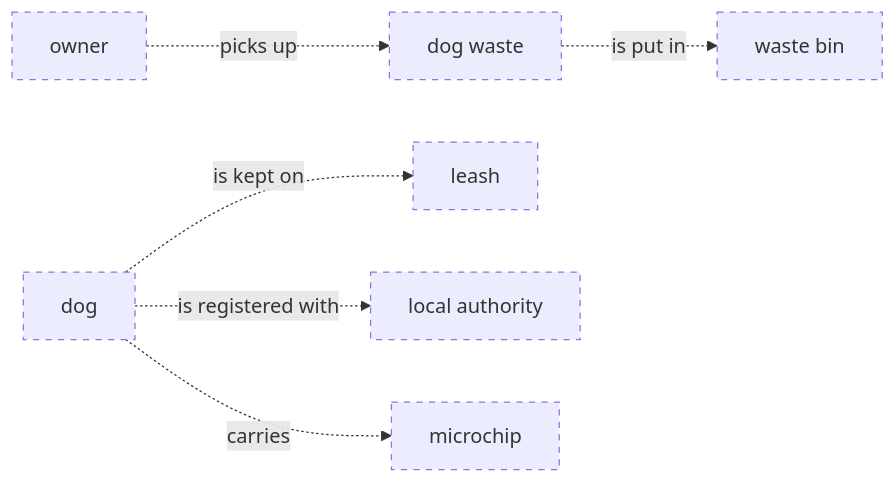
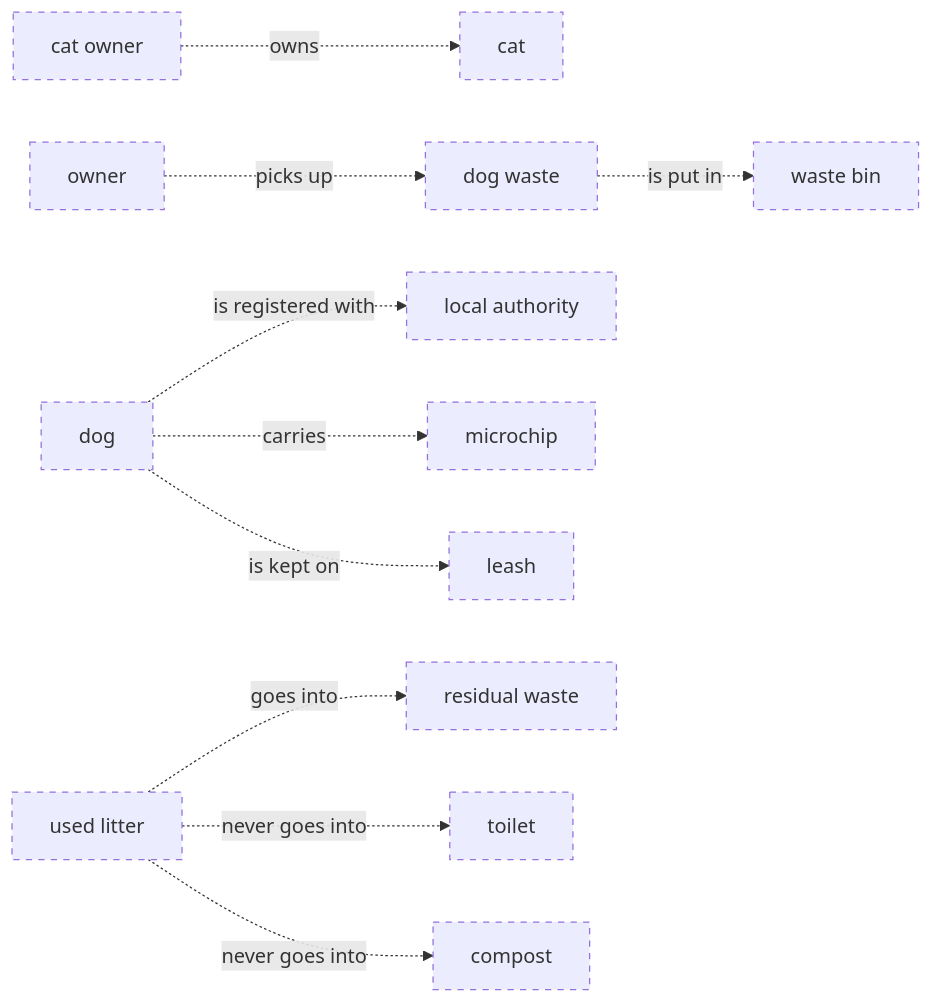
One commit to belaboros/DomainAiAssistant changed the second of 2 diagrams in data/ontology-pets-and-house-rules/03_release/00_raw/level-1.md. Above: the diagram before and after it, drawn with Mermaid. The commit also changed other lines of this file and 291 other files, not shown here.

````diff
--- a/data/ontology-pets-and-house-rules/03_release/00_raw/level-1.md
+++ b/data/ontology-pets-and-house-rules/03_release/00_raw/level-1.md
@@ -28,17 +34,27 @@
 ```mermaid
 flowchart LR
     classDef draft stroke-dasharray: 5 5
+    cn_01M82AQDR2NPZDR8C737517K86["cat"]
+    cn_01M82AQDR2NPZDR8C737517K87["cat owner"]
+    cn_01M82ATVV0G4J5RJ6TZ063RNYT["compost"]
     cn_01M82AC66KMJH32E2MQ3Z7ZBKM["dog"]
     cn_01M82AH1GXVV72WP99JQXMH6XS["dog waste"]
     cn_01M82AFTZDSHCD0SK6T4N2YZW6["leash"]
     cn_01M82AC66KMJH32E2MQ3Z7ZBKS["local authority"]
     cn_01M82AC66KMJH32E2MQ3Z7ZBKT["microchip"]
     cn_01M82AE56ZYS5Y2Z0C35ECC9Y8["owner"]
+    cn_01M82ATVV0G4J5RJ6TZ063RNYR["residual waste"]
+    cn_01M82ATVV0G4J5RJ6TZ063RNYS["toilet"]
+    cn_01M82ATVV0G4J5RJ6TZ063RNYQ["used litter"]
     cn_01M82AH1GXVV72WP99JQXMH6XT["waste bin"]
     cn_01M82AC66KMJH32E2MQ3Z7ZBKM -. "is registered with" .-> cn_01M82AC66KMJH32E2MQ3Z7ZBKS
     cn_01M82AC66KMJH32E2MQ3Z7ZBKM -. "carries" .-> cn_01M82AC66KMJH32E2MQ3Z7ZBKT
     cn_01M82AC66KMJH32E2MQ3Z7ZBKM -. "is kept on" .-> cn_01M82AFTZDSHCD0SK6T4N2YZW6
     cn_01M82AE56ZYS5Y2Z0C35ECC9Y8 -. "picks up" .-> cn_01M82AH1GXVV72WP99JQXMH6XS
     cn_01M82AH1GXVV72WP99JQXMH6XS -. "is put in" .-> cn_01M82AH1GXVV72WP99JQXMH6XT
-    class cn_01M82AC66KMJH32E2MQ3Z7ZBKM,cn_01M82AH1GXVV72WP99JQXMH6XS,cn_01M82AFTZDSHCD0SK6T4N2YZW6,cn_01M82AC66KMJH32E2MQ3Z7ZBKS,cn_01M82AC66KMJH32E2MQ3Z7ZBKT,cn_01M82AE56ZYS5Y2Z0C35ECC9Y8,cn_01M82AH1GXVV72WP99JQXMH6XT draft
+    cn_01M82AQDR2NPZDR8C737517K87 -. "owns" .-> cn_01M82AQDR2NPZDR8C737517K86
+    cn_01M82ATVV0G4J5RJ6TZ063RNYQ -. "goes into" .-> cn_01M82ATVV0G4J5RJ6TZ063RNYR
+    cn_01M82ATVV0G4J5RJ6TZ063RNYQ -. "never goes into" .-> cn_01M82ATVV0G4J5RJ6TZ063RNYS
+    cn_01M82ATVV0G4J5RJ6TZ063RNYQ -. "never goes into" .-> cn_01M82ATVV0G4J5RJ6TZ063RNYT
+    class cn_01M82AQDR2NPZDR8C737517K86,cn_01M82AQDR2NPZDR8C737517K87,cn_01M82ATVV0G4J5RJ6TZ063RNYT,cn_01M82AC66KMJH32E2MQ3Z7ZBKM,cn_01M82AH1GXVV72WP99JQXMH6XS,cn_01M82AFTZDSHCD0SK6T4N2YZW6,cn_01M82AC66KMJH32E2MQ3Z7ZBKS,cn_01M82AC66KMJH32E2MQ3Z7ZBKT,cn_01M82AE56ZYS5Y2Z0C35ECC9Y8,cn_01M82ATVV0G4J5RJ6TZ063RNYR,cn_01M82ATVV0G4J5RJ6TZ063RNYS,cn_01M82ATVV0G4J5RJ6TZ063RNYQ,cn_01M82AH1GXVV72WP99JQXMH6XT draft
 ```
````
